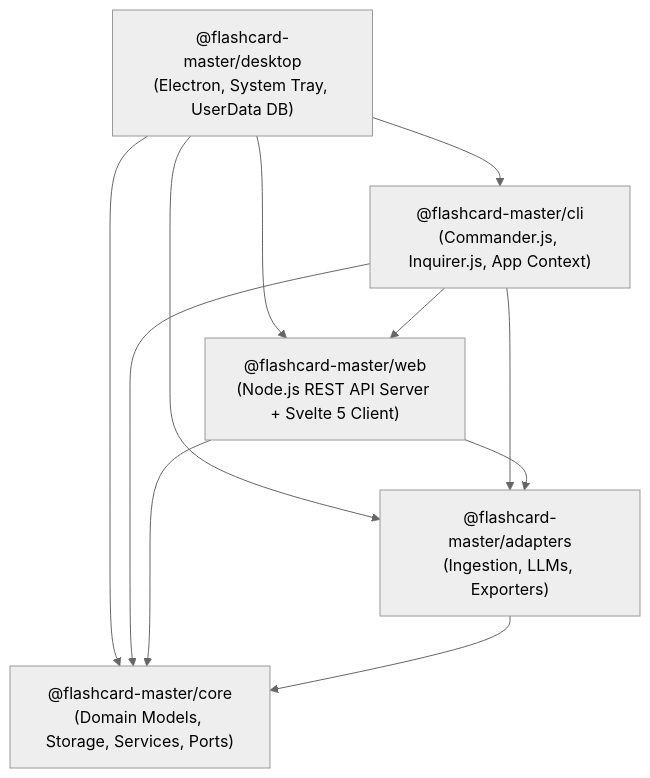
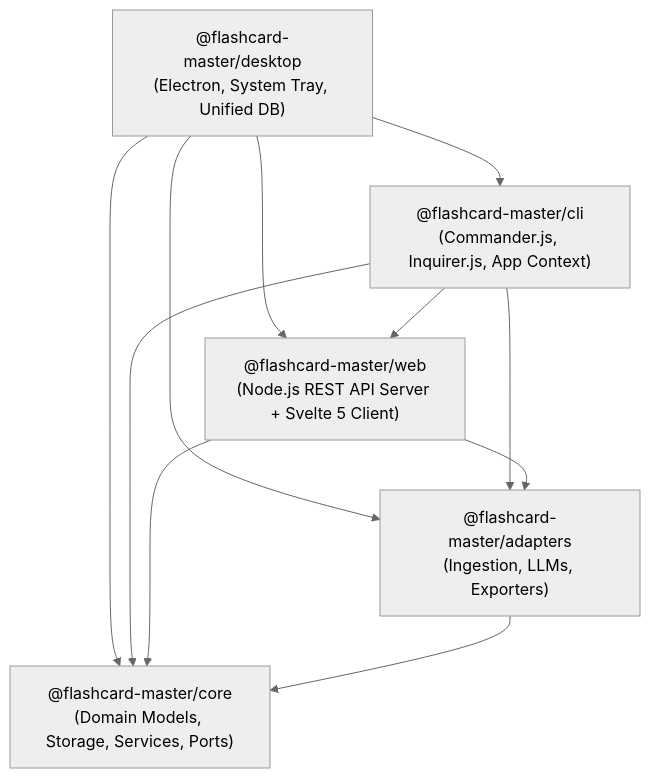
Before and after one commit to alexprodan99/flashcard-master: the first of 3 diagrams in docs/ARCHITECTURE.md, drawn with Mermaid (neutral theme). The commit also changed other lines of this file and 8 other files, not shown here.

````diff
--- a/docs/ARCHITECTURE.md
+++ b/docs/ARCHITECTURE.md
@@ -22,19 +22,19 @@
 ```mermaid
 graph TD
-    DESKTOP["@flashcard-master/desktop<br/>(Electron, System Tray, UserData DB)"]
+    DESKTOP["@flashcard-master/desktop<br/>(Electron, System Tray, Unified DB)"]
     CLI["@flashcard-master/cli<br/>(Commander.js, Inquirer.js, App Context)"]
     WEB["@flashcard-master/web<br/>(Node.js REST API Server + Svelte 5 Client)"]
     ADAPTERS["@flashcard-master/adapters<br/>(Ingestion, LLMs, Exporters)"]
     CORE["@flashcard-master/core<br/>(Domain Models, Storage, Services, Ports)"]
 
     DESKTOP --> CORE
     DESKTOP --> ADAPTERS
     DESKTOP --> WEB
     DESKTOP --> CLI
     CLI --> CORE
     CLI --> ADAPTERS
     CLI --> WEB
     WEB --> CORE
     WEB --> ADAPTERS
     ADAPTERS --> CORE
 ```
````
